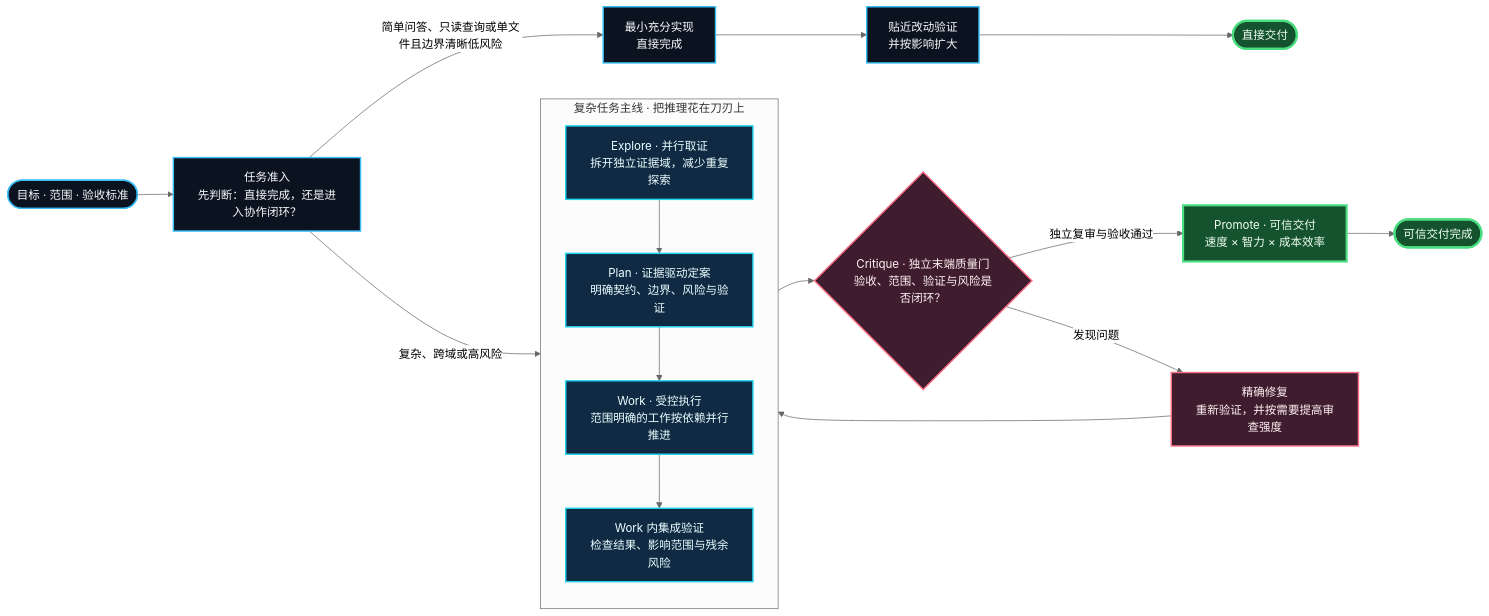
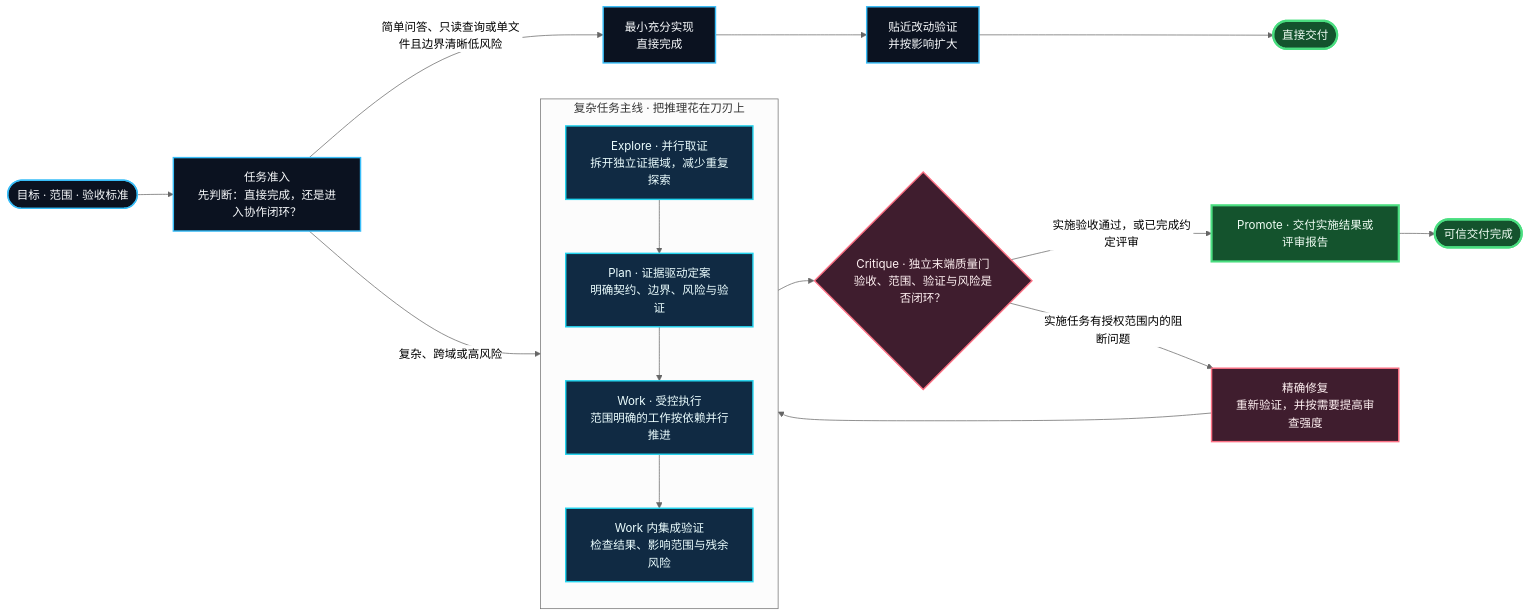
The diagram in README.md (huanmin123/ai-vibecode-superpower), drawn with Mermaid (neutral theme) before and after one commit. The commit also changed other lines of this file and 63 other files, not shown here.

````diff
--- a/README.md
+++ b/README.md
@@ -20,33 +20,33 @@
 ```mermaid
 flowchart LR
     USER(["目标 · 范围 · 验收标准"]) --> INTAKE["任务准入<br/>先判断：直接完成，还是进入协作闭环？"]
 
     INTAKE -->|"简单问答、只读查询或单文件且边界清晰低风险"| DIRECT["最小充分实现<br/>直接完成"]
     DIRECT --> LOCAL_VERIFY["贴近改动验证<br/>并按影响扩大"]
     LOCAL_VERIFY --> DIRECT_DELIVERY(["直接交付"])
     INTAKE -->|"复杂、跨域或高风险"| EXPLORE
 
     subgraph INTEL["复杂任务主线 · 把推理花在刀刃上"]
         direction TB
         EXPLORE["Explore · 并行取证<br/>拆开独立证据域，减少重复探索"]
         PLAN["Plan · 证据驱动定案<br/>明确契约、边界、风险与验证"]
         WORK["Work · 受控执行<br/>范围明确的工作按依赖并行推进"]
         VERIFY["Work 内集成验证<br/>检查结果、影响范围与残余风险"]
         EXPLORE --> PLAN --> WORK --> VERIFY
     end
 
     VERIFY --> CRITIQUE{"Critique · 独立末端质量门<br/>验收、范围、验证与风险是否闭环？"}
-    CRITIQUE -->|"独立复审与验收通过"| PROMOTE["Promote · 可信交付<br/>速度 × 智力 × 成本效率"]
+    CRITIQUE -->|"实施验收通过，或已完成约定评审"| PROMOTE["Promote · 交付实施结果或评审报告"]
     PROMOTE --> DELIVERY(["可信交付完成"])
-    CRITIQUE -->|"发现问题"| REPAIR["精确修复<br/>重新验证，并按需要提高审查强度"]
+    CRITIQUE -->|"实施任务有授权范围内的阻断问题"| REPAIR["精确修复<br/>重新验证，并按需要提高审查强度"]
     REPAIR --> WORK
 
     classDef start fill:#0b1220,stroke:#38bdf8,color:#f8fafc,stroke-width:2px;
     classDef smart fill:#102a43,stroke:#22d3ee,color:#ecfeff,stroke-width:2px;
     classDef gate fill:#3f1d2e,stroke:#fb7185,color:#fff1f2,stroke-width:2px;
     classDef result fill:#14532d,stroke:#4ade80,color:#f0fdf4,stroke-width:3px;
     class USER,INTAKE,DIRECT,LOCAL_VERIFY start;
     class EXPLORE,PLAN,WORK,VERIFY smart;
     class CRITIQUE,REPAIR gate;
     class PROMOTE,DELIVERY,DIRECT_DELIVERY result;
 ```
````
